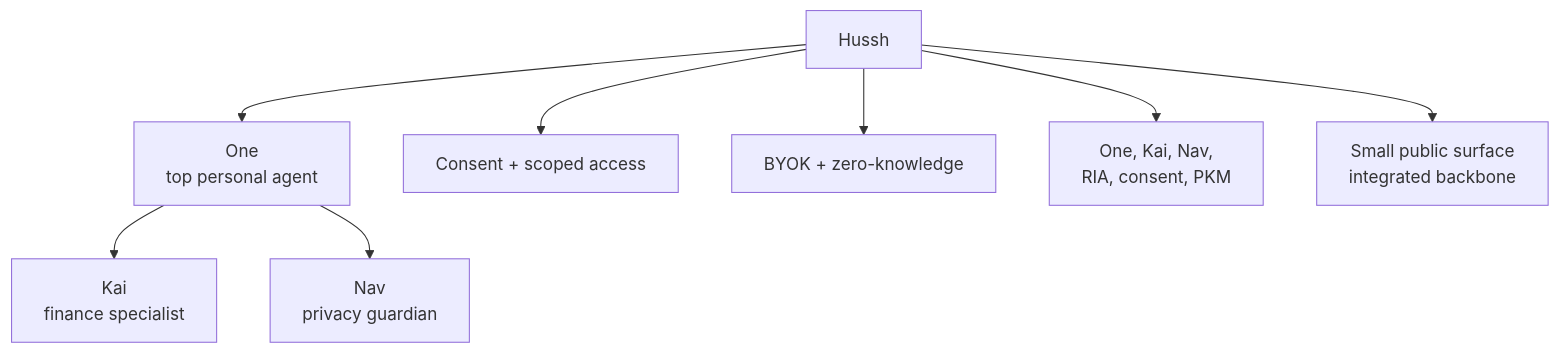
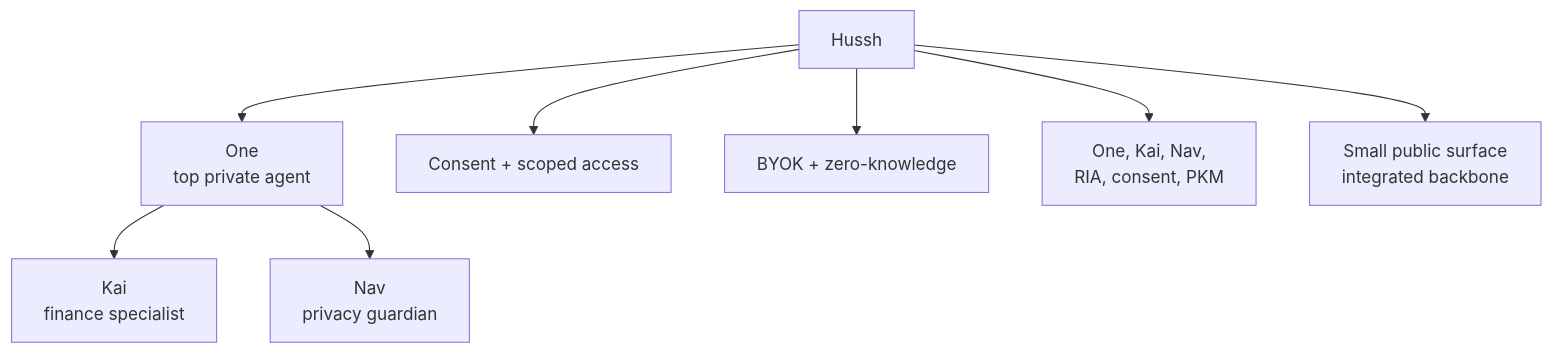
The diagram in docs/vision/README.md (hushh-labs/hushh-research), drawn with Mermaid before and after one commit. The commit also changed other lines of this file and 133 other files, not shown here.

````diff
--- a/docs/vision/README.md
+++ b/docs/vision/README.md
@@ -7,19 +7,19 @@
 ```mermaid
 flowchart TD
   root["Hussh"]
-  one["One<br/>top personal agent"]
+  one["One<br/>top private agent"]
   kai["Kai<br/>finance specialist"]
   nav["Nav<br/>privacy guardian"]
   trust["Consent + scoped access"]
   vault["BYOK + zero-knowledge"]
   product["One, Kai, Nav,<br/>RIA, consent, PKM"]
   repo["Small public surface<br/>integrated backbone"]
 
   root --> trust
   root --> vault
   root --> one
   one --> kai
   one --> nav
   root --> product
   root --> repo
 ```
````
